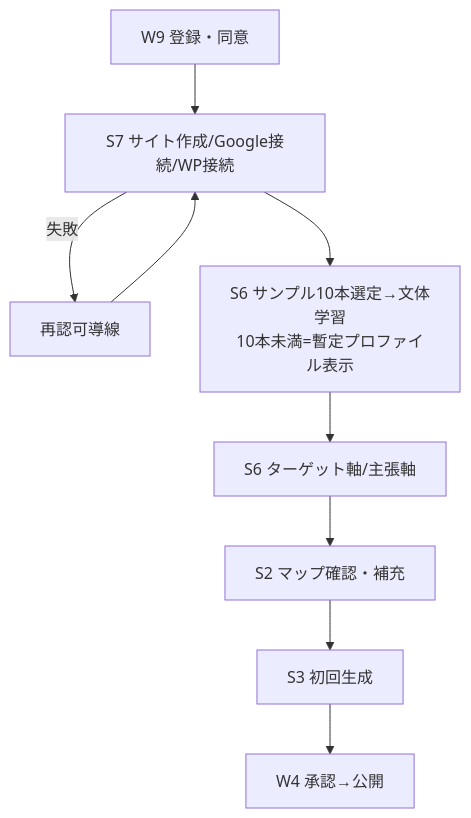
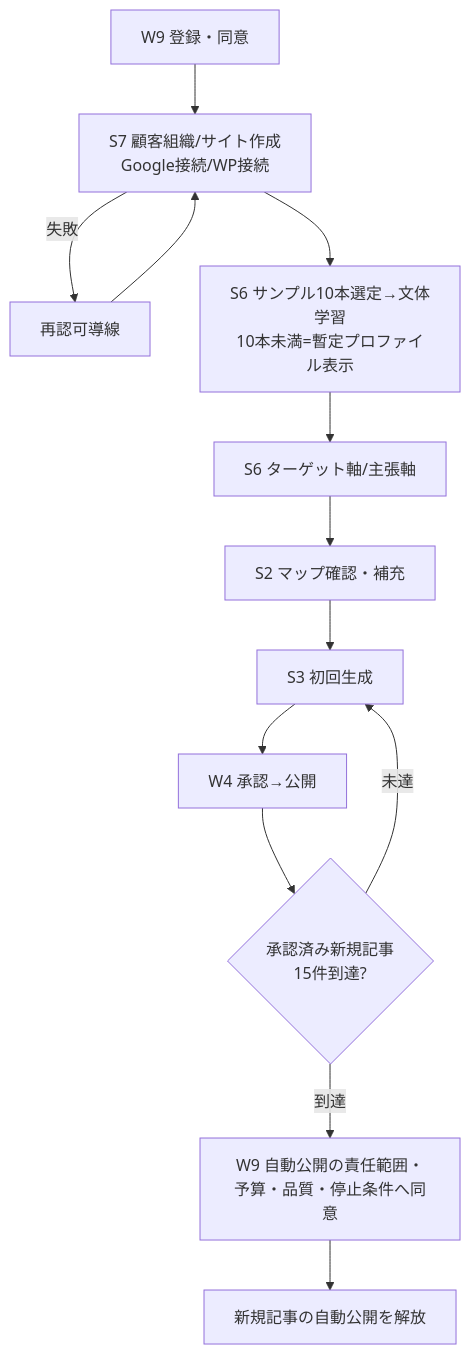
Before and after one commit to unison-ai-product/AI-Office-de-SEO: the fifth of 7 diagrams in docs/design/ai-office-de-seo/L3-ui-prototype/ai-office-de-seo-screen-flow_v3.7.md, drawn with Mermaid. The commit also changed other lines of this file and 4 other files, not shown here.

````diff
--- a/docs/design/ai-office-de-seo/L3-ui-prototype/ai-office-de-seo-screen-flow_v3.7.md
+++ b/docs/design/ai-office-de-seo/L3-ui-prototype/ai-office-de-seo-screen-flow_v3.7.md
@@ -91,8 +91,12 @@
 ```mermaid
 flowchart TD
-  A[W9 登録・同意] --> B[S7 サイト作成/Google接続/WP接続]
+  A[W9 登録・同意] --> B[S7 顧客組織/サイト作成<br/>Google接続/WP接続]
   B -->|失敗| B2[再認可導線] --> B
   B --> C[S6 サンプル10本選定→文体学習<br/>10本未満=暫定プロファイル表示]
   C --> D[S6 ターゲット軸/主張軸]
   D --> E[S2 マップ確認・補充] --> F[S3 初回生成] --> G[W4 承認→公開]
+  G --> H{承認済み新規記事<br/>15件到達?}
+  H -->|未達| F
+  H -->|到達| I[W9 自動公開の責任範囲・予算・品質・停止条件へ同意]
+  I --> J[新規記事の自動公開を解放]
 ```
````
